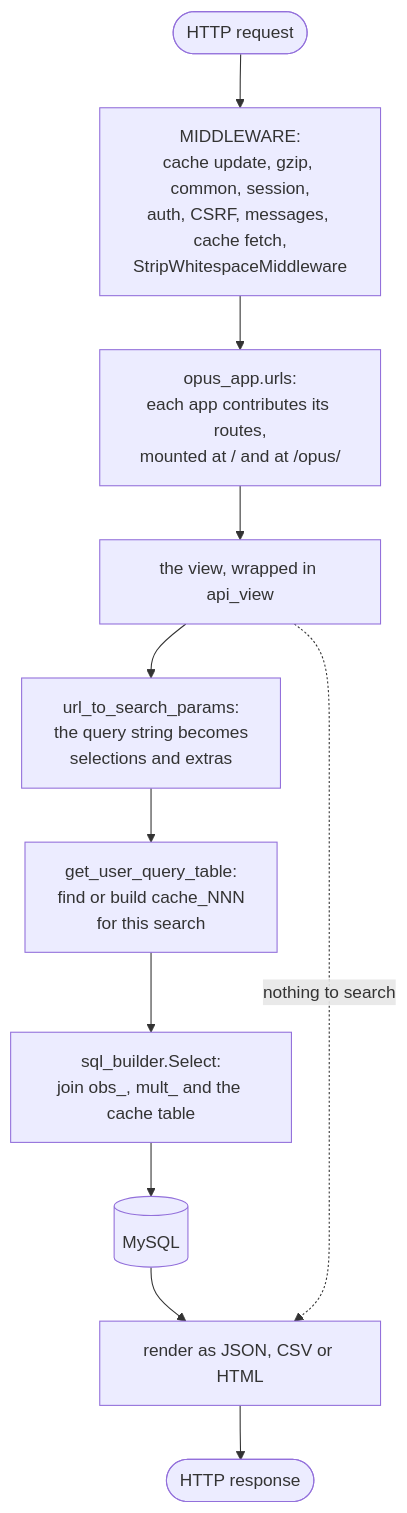
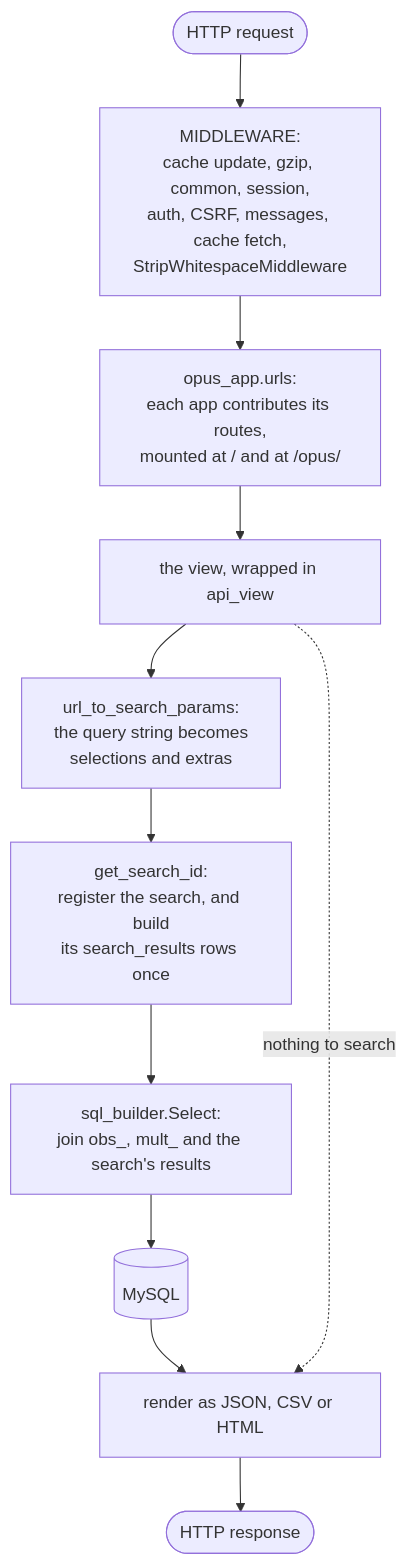
One commit to SETI/rms-opus changed the diagram in docs/dev_guide_webapp_overview.rst. Above: the diagram before and after it, drawn with Mermaid. The commit also changed other lines of this file and 67 other files, not shown here.

First line of the commit message:
feat: one search_results table replaces the per-search cache tables

```diff
--- a/docs/dev_guide_webapp_overview.rst
+++ b/docs/dev_guide_webapp_overview.rst
@@ -20,14 +20,14 @@
 .. mermaid::
     :zoom:
 
     flowchart TD
         R([HTTP request]) --> M[MIDDLEWARE:<br/>cache update, gzip, common, session,<br/>auth, CSRF, messages, cache fetch,<br/>StripWhitespaceMiddleware]
         M --> U[opus_app.urls:<br/>each app contributes its routes,<br/>mounted at / and at /opus/]
         U --> V[the view, wrapped in api_view]
         V --> P[url_to_search_params:<br/>the query string becomes<br/>selections and extras]
-        P --> Q[get_user_query_table:<br/>find or build cache_NNN<br/>for this search]
-        Q --> S[sql_builder.Select:<br/>join obs_, mult_ and the cache table]
+        P --> Q[get_search_id:<br/>register the search, and build<br/>its search_results rows once]
+        Q --> S[sql_builder.Select:<br/>join obs_, mult_ and the search's results]
         S --> D[(MySQL)]
         D --> F[render as JSON, CSV or HTML]
         F --> RESP([HTTP response])
         V -.->|nothing to search| F
```
